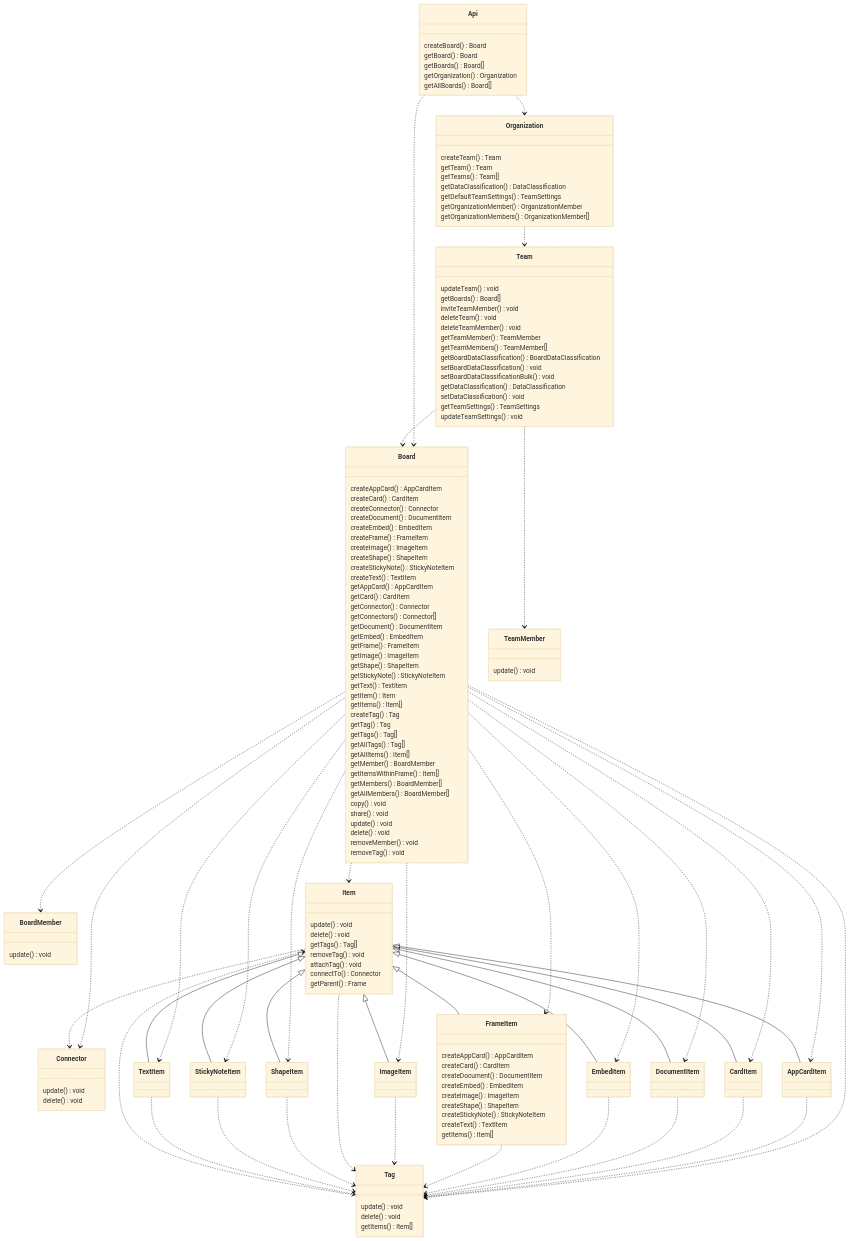
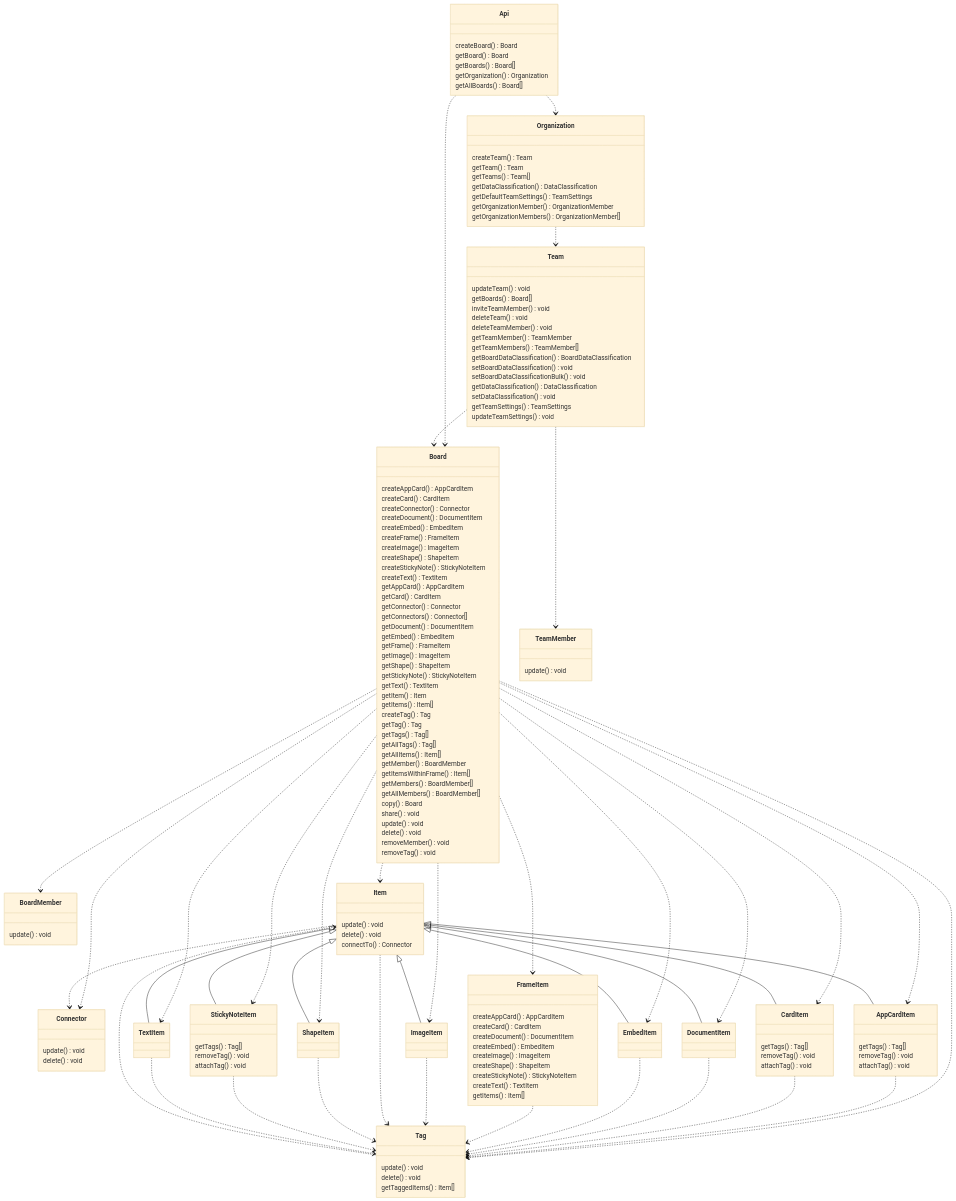
Before and after one commit to miroapp/api-clients: the diagram in MODELS.md, drawn with Mermaid (base theme). The commit also changed 2 other files, not shown here.

Commit message:
DX-1214 Update the specification and api to match it

````diff
--- a/MODELS.md
+++ b/MODELS.md
@@ -39,7 +39,6 @@
   Item <|--  CardItem
   Item <|--  DocumentItem
   Item <|--  EmbedItem
-  Item <|--  FrameItem
   Item <|--  ImageItem
   Item <|--  ShapeItem
   Item <|--  StickyNoteItem
@@ -138,7 +137,7 @@
     getItemsWithinFrame() Item[]
     getMembers() BoardMember[]
     getAllMembers() BoardMember[]
-    copy() void
+    copy() Board
     share() void
     update() void
     delete() void
@@ -159,19 +158,21 @@
 
   %% NICE
   class Item {
-    getTags() Tag[]
-    removeTag() void
-    attachTag() void
     connectTo() Connector
-    getParent() Frame
   }
 
   %% MUST
   class AppCardItem {
+    getTags() Tag[]
+    removeTag() void
+    attachTag() void
   }
 
   %% MUST
   class CardItem {
+    getTags() Tag[]
+    removeTag() void
+    attachTag() void
   }
 
   %% MUST
@@ -210,6 +211,9 @@
 
   %% MUST
   class StickyNoteItem {
+    getTags() Tag[]
+    removeTag() void
+    attachTag() void
   }
 
   %% MUST
@@ -226,6 +230,6 @@
   class Tag {
     update() void
     delete() void
-    getItems() Item[]
+    getTaggedItems() Item[]
   }
 ```
````
